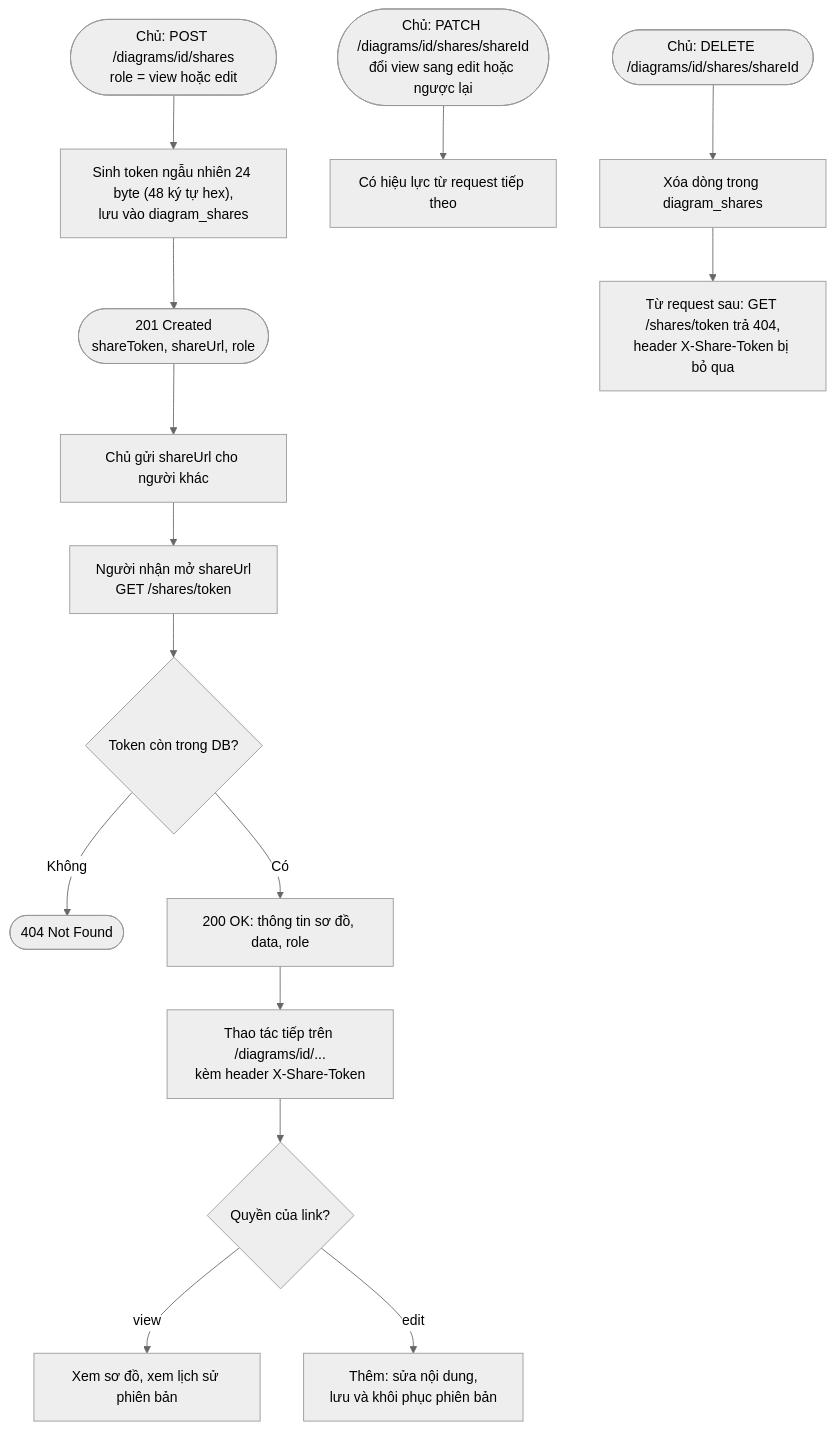
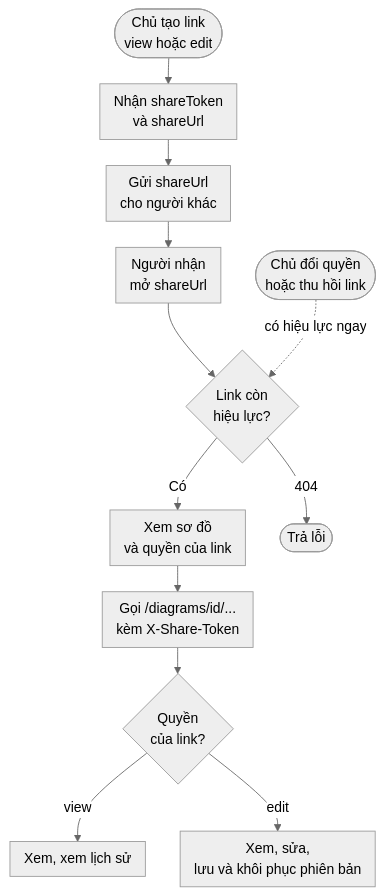
The seventh of 7 diagrams in docs/luong-nghiep-vu.md (Phamminh161005/CourseHub), drawn with Mermaid (neutral theme) before and after one commit. The commit also changed other lines of this file, not shown here.

````diff
--- a/docs/luong-nghiep-vu.md
+++ b/docs/luong-nghiep-vu.md
@@ -189,18 +183,15 @@
 ```mermaid
+%%{init: {"flowchart": {"padding": 8, "rankSpacing": 30, "nodeSpacing": 40}}}%%
 flowchart TD
-    A(["Chủ: POST /diagrams/id/shares<br/>role = view hoặc edit"]) --> B["Sinh token ngẫu nhiên 24 byte (48 ký tự hex),<br/>lưu vào diagram_shares"]
-    B --> C(["201 Created<br/>shareToken, shareUrl, role"])
-    C --> D["Chủ gửi shareUrl cho người khác"]
-    D --> E["Người nhận mở shareUrl<br/>GET /shares/token"]
-    E --> F{"Token còn trong DB?"}
-    F -- Không --> E404(["404 Not Found"])
-    F -- Có --> G["200 OK: thông tin sơ đồ, data, role"]
-    G --> H["Thao tác tiếp trên /diagrams/id/...<br/>kèm header X-Share-Token"]
-    H --> R{"Quyền của link?"}
-    R -- view --> V["Xem sơ đồ, xem lịch sử phiên bản"]
-    R -- edit --> W["Thêm: sửa nội dung,<br/>lưu và khôi phục phiên bản"]
-
-    P(["Chủ: PATCH /diagrams/id/shares/shareId<br/>đổi view sang edit hoặc ngược lại"]) --> P2["Có hiệu lực từ request tiếp theo"]
-    X(["Chủ: DELETE /diagrams/id/shares/shareId"]) --> X2["Xóa dòng trong diagram_shares"]
-    X2 --> X3["Từ request sau: GET /shares/token trả 404,<br/>header X-Share-Token bị bỏ qua"]
+    A(["Chủ tạo link<br/>view hoặc edit"]) --> B["Nhận shareToken<br/>và shareUrl"]
+    B --> C["Gửi shareUrl<br/>cho người khác"]
+    C --> D["Người nhận<br/>mở shareUrl"]
+    D --> E{"Link còn<br/>hiệu lực?"}
+    E -- Có --> F["Xem sơ đồ<br/>và quyền của link"]
+    F --> G["Gọi /diagrams/id/...<br/>kèm X-Share-Token"]
+    G --> R{"Quyền<br/>của link?"}
+    R -- view --> V["Xem, xem lịch sử"]
+    R -- edit --> W["Xem, sửa,<br/>lưu và khôi phục phiên bản"]
+    E -- "404" --> ERR(["Trả lỗi"])
+    X(["Chủ đổi quyền<br/>hoặc thu hồi link"]) -. "có hiệu lực ngay" .-> E
 ```
````
